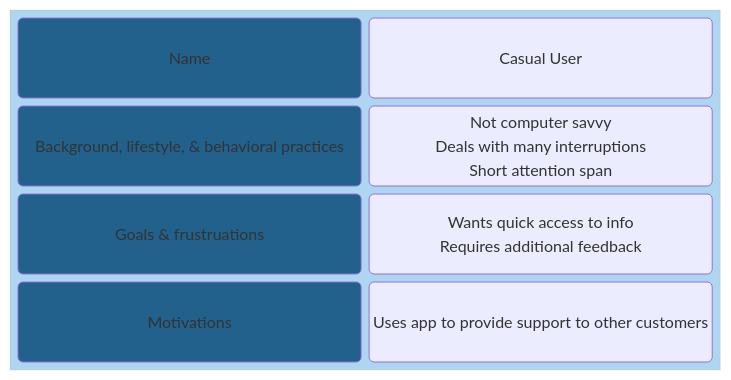
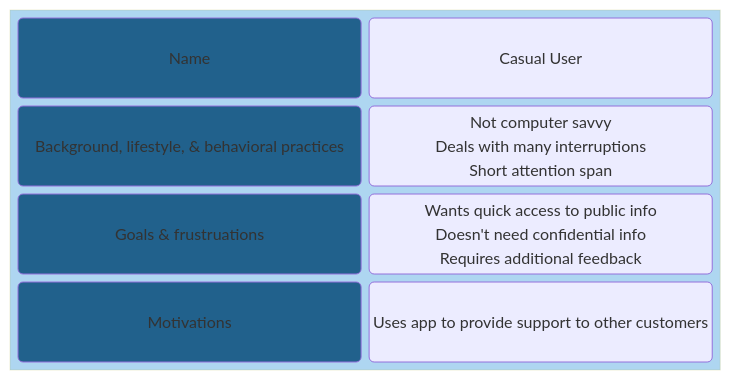
The second of 2 diagrams in docs/resources/techresources/uiux.md (chingu-voyages/Handbook), drawn with Mermaid before and after one commit.

Commit message:
Feature: Add persona template

````diff
--- a/docs/resources/techresources/uiux.md
+++ b/docs/resources/techresources/uiux.md
@@ -92,20 +92,20 @@
 ```mermaid
 block-beta
   columns 1
   block:TEMPLATE
     columns 2
     NAME("Name")
     VNAME("Casual User")
     DEMOGRAPHICS("Background, lifestyle, & behavioral practices")
     VDEMOGRAPHICS("Not computer savvy</br>Deals with many interruptions</br>Short attention span")
     GOALS("Goals & frustruations")
-    VGOALS("Wants quick access to info</br>Requires additional feedback")
+    VGOALS("Wants quick access to public info</br>Doesn't need confidential info</br>Requires additional feedback")
     MOTIVATIONS("Motivations")
     VMOTIVATIONS("Uses app to provide support to other customers")
   end
   style TEMPLATE fill:#aed6f1
   style NAME fill:#21618c
   style DEMOGRAPHICS fill:#21618c
   style GOALS fill:#21618c
   style MOTIVATIONS fill:#21618c
 ```
````
